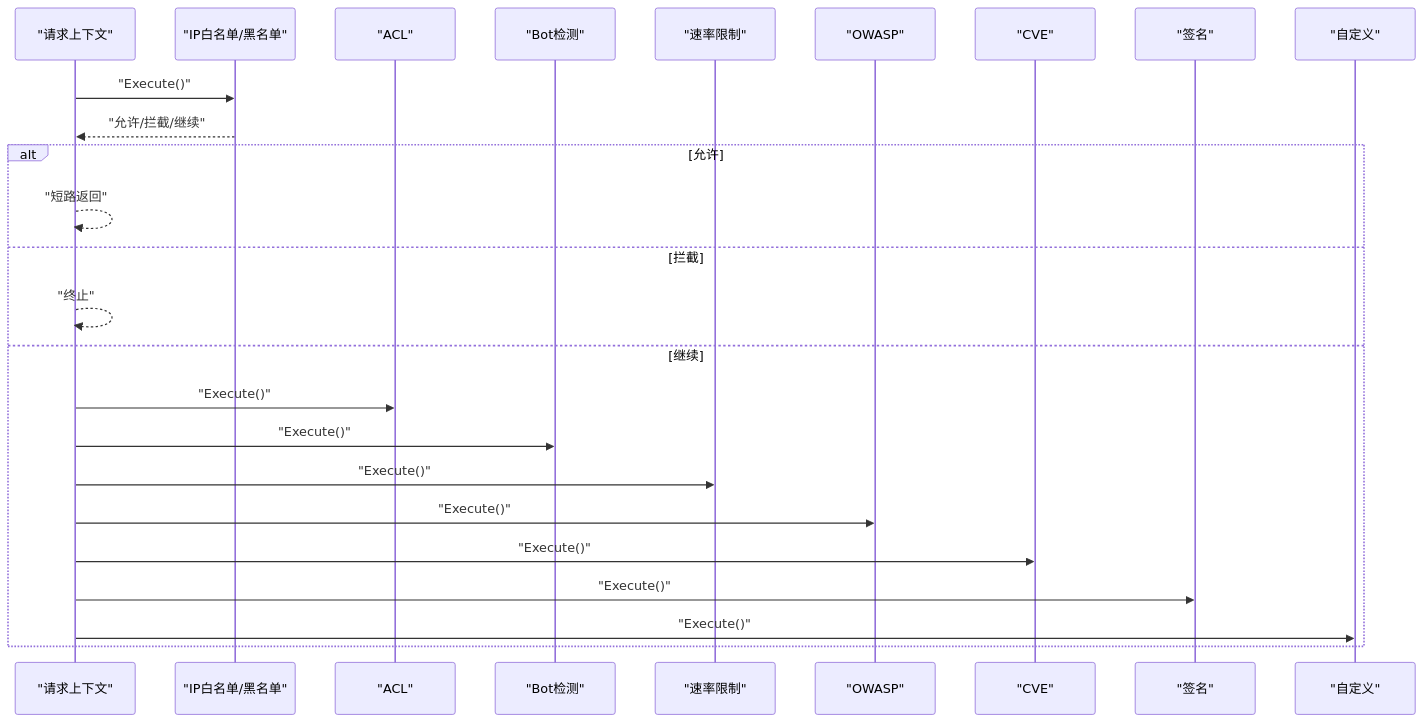
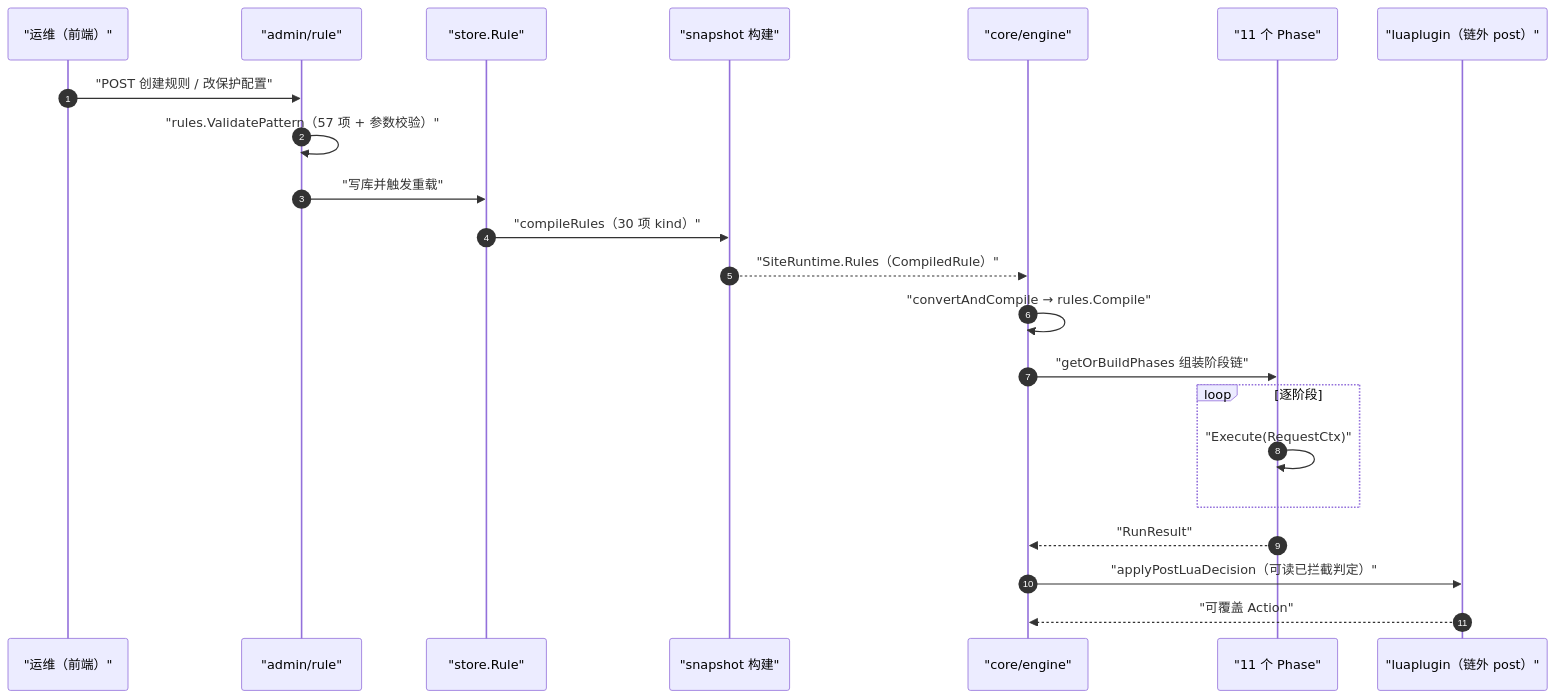
The third of 5 diagrams in docs/扩展与插件系统/规则引擎扩展/规则引擎扩展.md (x01n/My-OpenWaf), drawn with Mermaid before and after one commit. The commit also changed other lines of this file and 622 other files, not shown here.

````diff
--- a/docs/扩展与插件系统/规则引擎扩展/规则引擎扩展.md
+++ b/docs/扩展与插件系统/规则引擎扩展/规则引擎扩展.md
@@ -274,27 +249,24 @@
 ```mermaid
 sequenceDiagram
-participant Req as "请求上下文"
-participant Ph1 as "IP白名单/黑名单"
-participant Ph2 as "ACL"
-participant Ph3 as "Bot检测"
-participant Ph4 as "速率限制"
-participant Ph5 as "OWASP"
-participant Ph6 as "CVE"
-participant Ph7 as "签名"
-participant Ph8 as "自定义"
-Req->>Ph1 : "Execute()"
-Ph1-->>Req : "允许/拦截/继续"
-alt 允许
-Req-->>Req : "短路返回"
-else 拦截
-Req-->>Req : "终止"
-else 继续
-Req->>Ph2 : "Execute()"
-Req->>Ph3 : "Execute()"
-Req->>Ph4 : "Execute()"
-Req->>Ph5 : "Execute()"
-Req->>Ph6 : "Execute()"
-Req->>Ph7 : "Execute()"
-Req->>Ph8 : "Execute()"
+autonumber
+participant OP as "运维（前端）"
+participant AD as "admin/rule"
+participant DB as "store.Rule"
+participant SN as "snapshot 构建"
+participant EN as "core/engine"
+participant PH as "11 个 Phase"
+participant LU as "luaplugin（链外 post）"
+OP->>AD : "POST 创建规则 / 改保护配置"
+AD->>AD : "rules.ValidatePattern（57 项 + 参数校验）"
+AD->>DB : "写库并触发重载"
+DB->>SN : "compileRules（30 项 kind）"
+SN-->>EN : "SiteRuntime.Rules（CompiledRule）"
+EN->>EN : "convertAndCompile → rules.Compile"
+EN->>PH : "getOrBuildPhases 组装阶段链"
+loop 逐阶段
+PH->>PH : "Execute(RequestCtx)"
 end
+PH-->>EN : "RunResult"
+EN->>LU : "applyPostLuaDecision（可读已拦截判定）"
+LU-->>EN : "可覆盖 Action"
 ```
````
